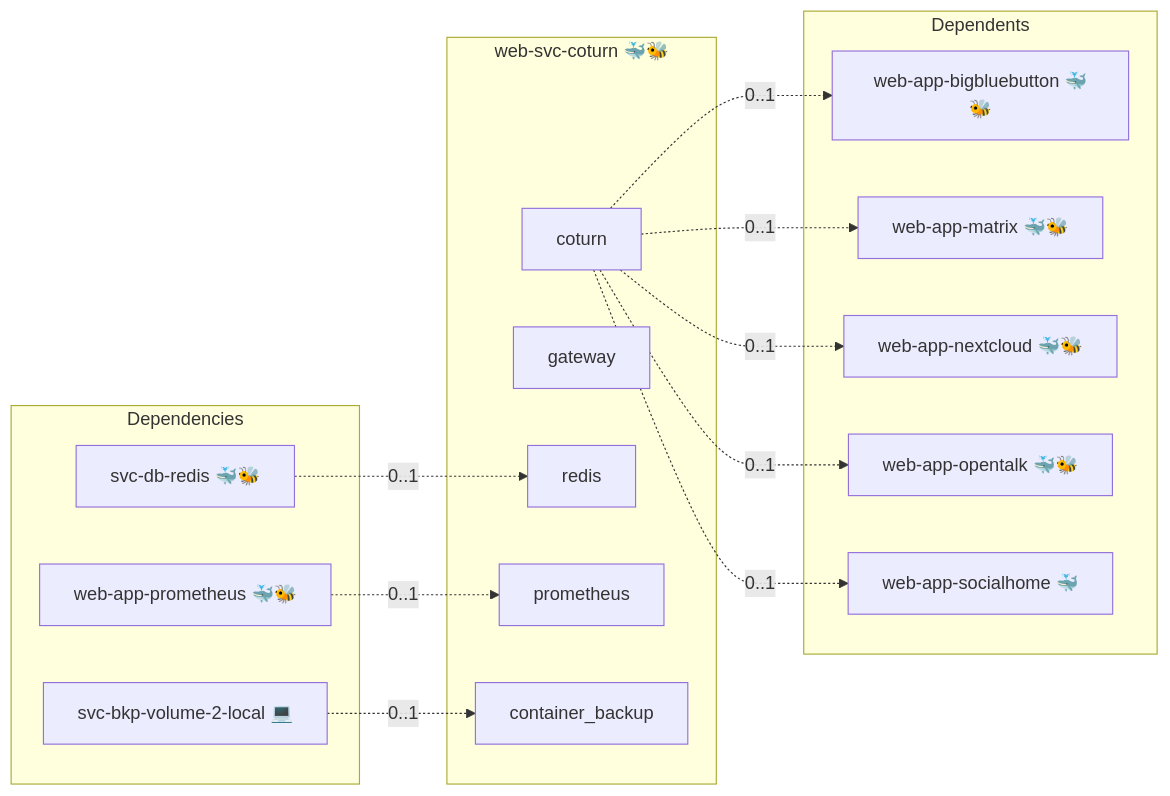
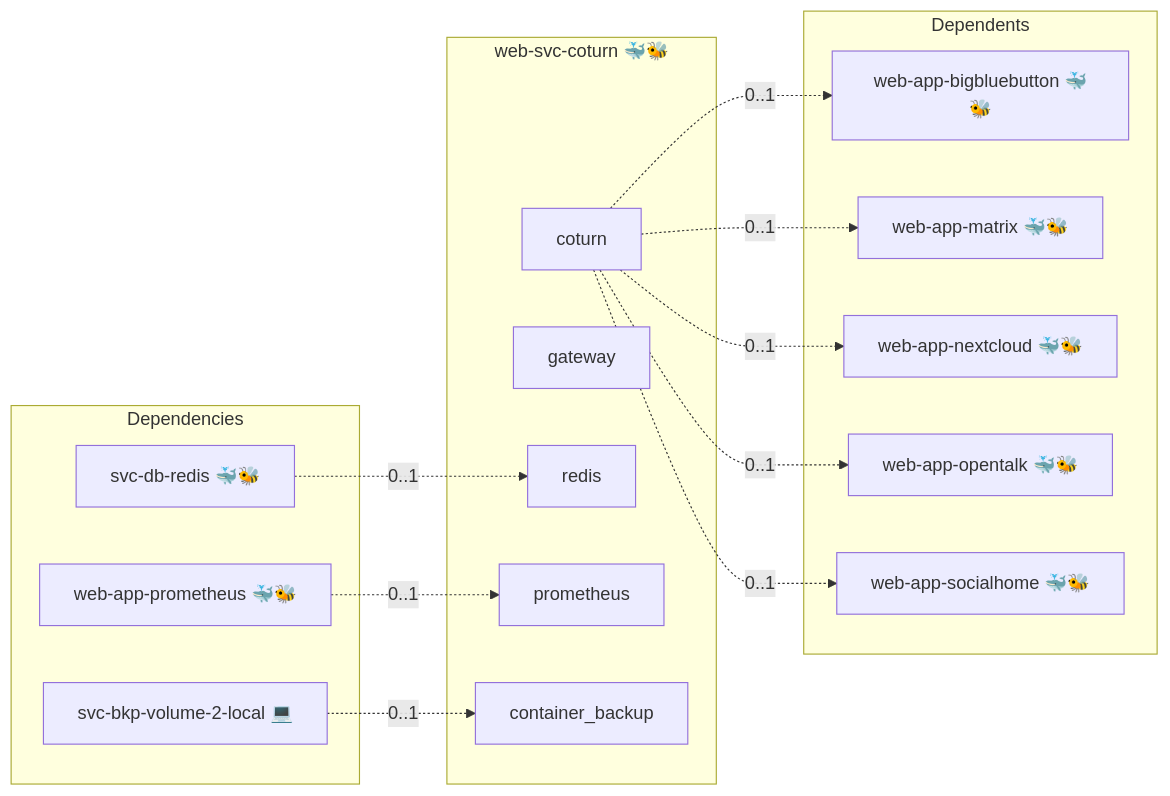
The diagram in roles/web-svc-coturn/README.md (AlejandroRomanIbanez/infinito-nexus), drawn with Mermaid before and after one commit. The commit also changed 2 other files, not shown here.

Commit message:
feat(web-app-socialhome): deploy in swarm as well
The role was the only web app that pinned to a manager and still disabled swarm; 28 sibling roles run that exact combination. The comment that gated it named a CI-chaining risk and a condition that compose has since met, so it went with the flag.

The node-local SQLite volume stays behind placement: manager. A reschedule across managers would meet an empty volume, which is a platform-level property the siblings share, not a reason to single this role out.

````diff
--- a/roles/web-svc-coturn/README.md
+++ b/roles/web-svc-coturn/README.md
@@ -40,30 +40,30 @@
 ```mermaid
 flowchart LR
     subgraph deps [Dependencies]
         dep_svc_bkp_volume_2_local["svc-bkp-volume-2-local 💻"]
         dep_svc_db_redis["svc-db-redis 🐳🐝"]
         dep_web_app_prometheus["web-app-prometheus 🐳🐝"]
     end
     subgraph role [web-svc-coturn 🐳🐝]
         svc_coturn["coturn"]
         svc_gateway["gateway"]
         svc_redis["redis"]
         svc_prometheus["prometheus"]
         svc_container_backup["container_backup"]
     end
     subgraph dependents [Dependents]
         dpt_web_app_bigbluebutton["web-app-bigbluebutton 🐳🐝"]
         dpt_web_app_matrix["web-app-matrix 🐳🐝"]
         dpt_web_app_nextcloud["web-app-nextcloud 🐳🐝"]
         dpt_web_app_opentalk["web-app-opentalk 🐳🐝"]
-        dpt_web_app_socialhome["web-app-socialhome 🐳"]
+        dpt_web_app_socialhome["web-app-socialhome 🐳🐝"]
     end
     dep_svc_bkp_volume_2_local -. "0..1" .-> svc_container_backup
     dep_svc_db_redis -. "0..1" .-> svc_redis
     dep_web_app_prometheus -. "0..1" .-> svc_prometheus
     svc_coturn -. "0..1" .-> dpt_web_app_bigbluebutton
     svc_coturn -. "0..1" .-> dpt_web_app_matrix
     svc_coturn -. "0..1" .-> dpt_web_app_nextcloud
     svc_coturn -. "0..1" .-> dpt_web_app_opentalk
     svc_coturn -. "0..1" .-> dpt_web_app_socialhome
 ```
````
